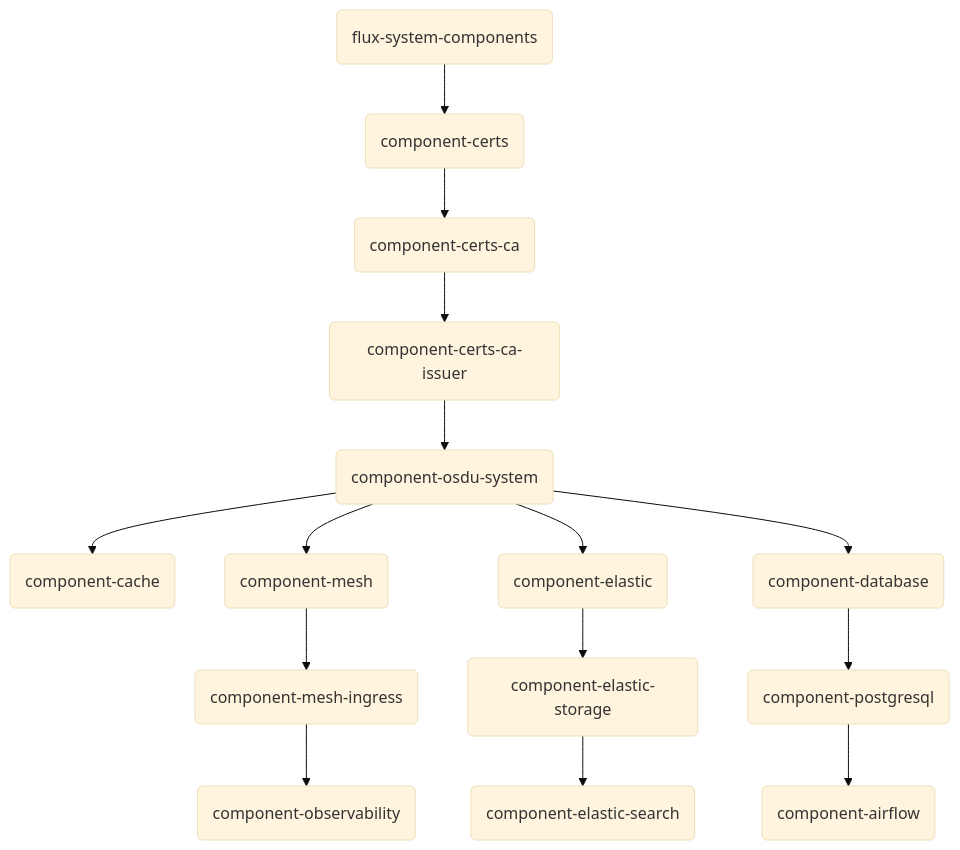
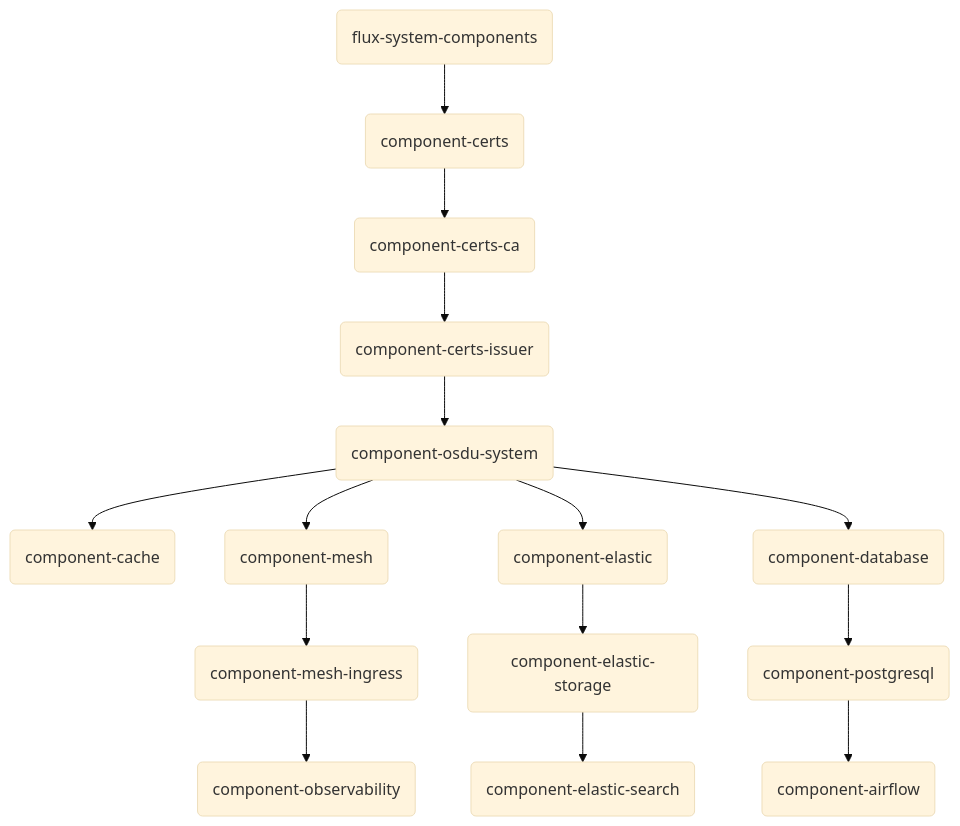
The second of 6 diagrams in docs/src/design_software.md (Azure/osdu-developer), drawn with Mermaid (base theme) before and after one commit. The commit also changed other lines of this file and 19 other files, not shown here.

````diff
--- a/docs/src/design_software.md
+++ b/docs/src/design_software.md
@@ -41,33 +41,33 @@
 ```mermaid
 flowchart TD
   FluxSystemComponents("flux-system-components")
   Certs("component-certs")
   CertsCA("component-certs-ca")
-  CertsCAIssuer("component-certs-ca-issuer")
+  CertsCAIssuer("component-certs-issuer")
   OSDUSystem("component-osdu-system")
   Cache("component-cache")
   Database("component-database")
   Postgresql("component-postgresql")
   Airflow("component-airflow")
   Elastic("component-elastic")
   ElasticStorage("component-elastic-storage")
   ElasticSearch("component-elastic-search")
   Mesh("component-mesh")
   MeshIngress("component-mesh-ingress")
   Observability("component-observability")
 
   FluxSystemComponents-->Certs
   Certs-->CertsCA
   CertsCA-->CertsCAIssuer
   CertsCAIssuer-->OSDUSystem
   OSDUSystem-->Cache
   OSDUSystem-->Mesh
   Mesh-->MeshIngress
   MeshIngress-->Observability
   OSDUSystem-->Elastic
   Elastic-->ElasticStorage
   ElasticStorage-->ElasticSearch
   OSDUSystem-->Database
   Database-->Postgresql
   Postgresql-->Airflow
 ```
````
